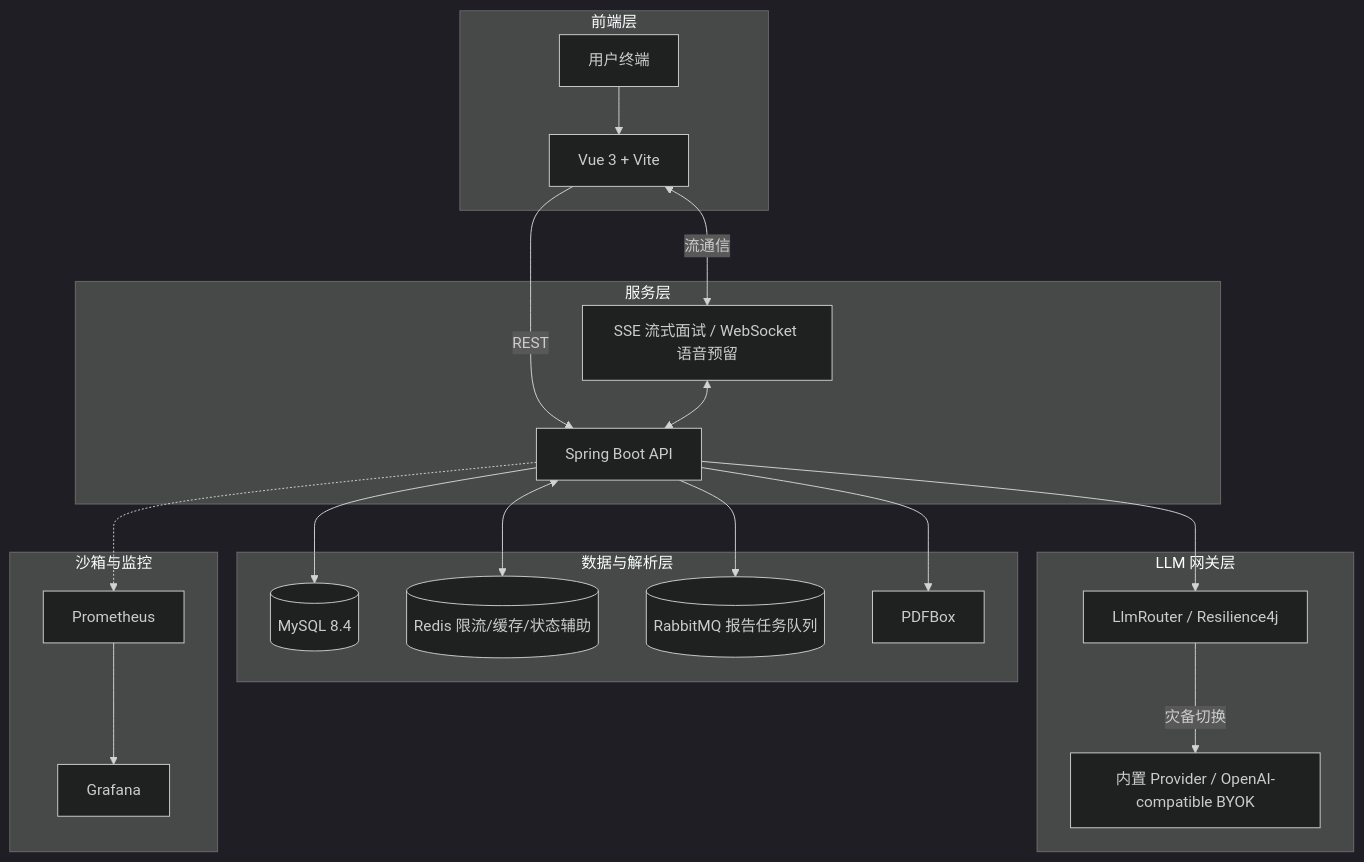
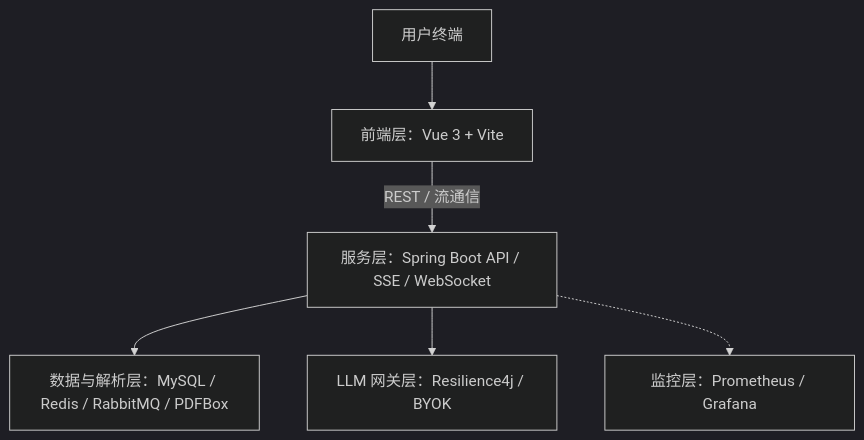
The diagram in README.md (zyyyyynnn/Prelude), drawn with Mermaid (dark theme) before and after one commit.

Commit message:
Simplify README architecture diagram for GitHub

````diff
--- a/README.md
+++ b/README.md
@@ -26,41 +26,15 @@
 ```mermaid
 flowchart TB
-  subgraph Client [前端层]
-    U["用户终端"] --> FE["Vue 3 + Vite"]
-  end
+  User["用户终端"]
+  Frontend["前端层：Vue 3 + Vite"]
+  Backend["服务层：Spring Boot API / SSE / WebSocket"]
+  Data["数据与解析层：MySQL / Redis / RabbitMQ / PDFBox"]
+  Gateway["LLM 网关层：Resilience4j / BYOK"]
+  Observability["监控层：Prometheus / Grafana"]
 
-  subgraph Server [服务层]
-    API["Spring Boot API"]
-    WS["SSE 流式面试 / WebSocket 语音预留"]
-  end
-
-  subgraph Data [数据与解析层]
-    DB[(MySQL 8.4)]
-    Redis[(Redis 限流/缓存/状态辅助)]
-    RabbitMQ[(RabbitMQ 报告任务队列)]
-    PDF["PDFBox"]
-  end
-
-  subgraph Gateway [LLM 网关层]
-    Router["LlmRouter / Resilience4j"]
-    LLM["内置 Provider / OpenAI-compatible BYOK"]
-    Router -->|灾备切换| LLM
-  end
-
-  subgraph Ops [沙箱与监控]
-    Prometheus["Prometheus"]
-    Grafana["Grafana"]
-    Prometheus --> Grafana
-  end
-
-  FE -->|REST| API
-  FE <-->|流通信| WS
-  WS <--> API
-
-  API --> DB
-  API <--> Redis
-  API --> RabbitMQ
-  API --> PDF
-  API --> Router
-  API -.-> Prometheus
+  User --> Frontend
+  Frontend -->|REST / 流通信| Backend
+  Backend --> Data
+  Backend --> Gateway
+  Backend -.-> Observability
 ```
````
